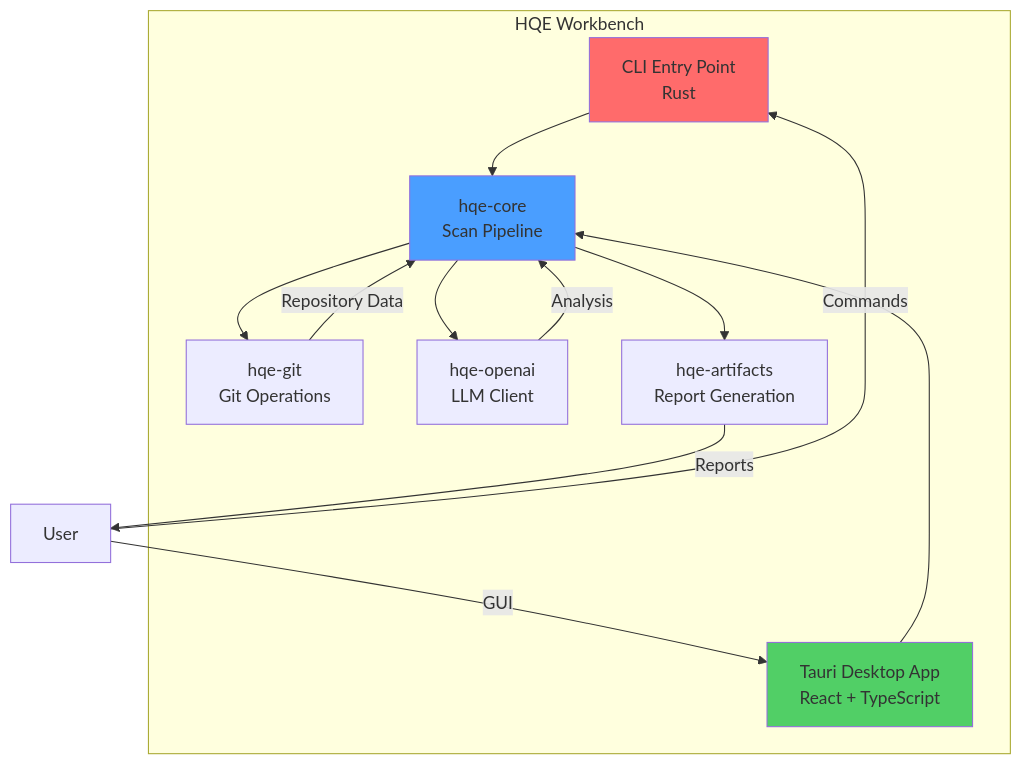
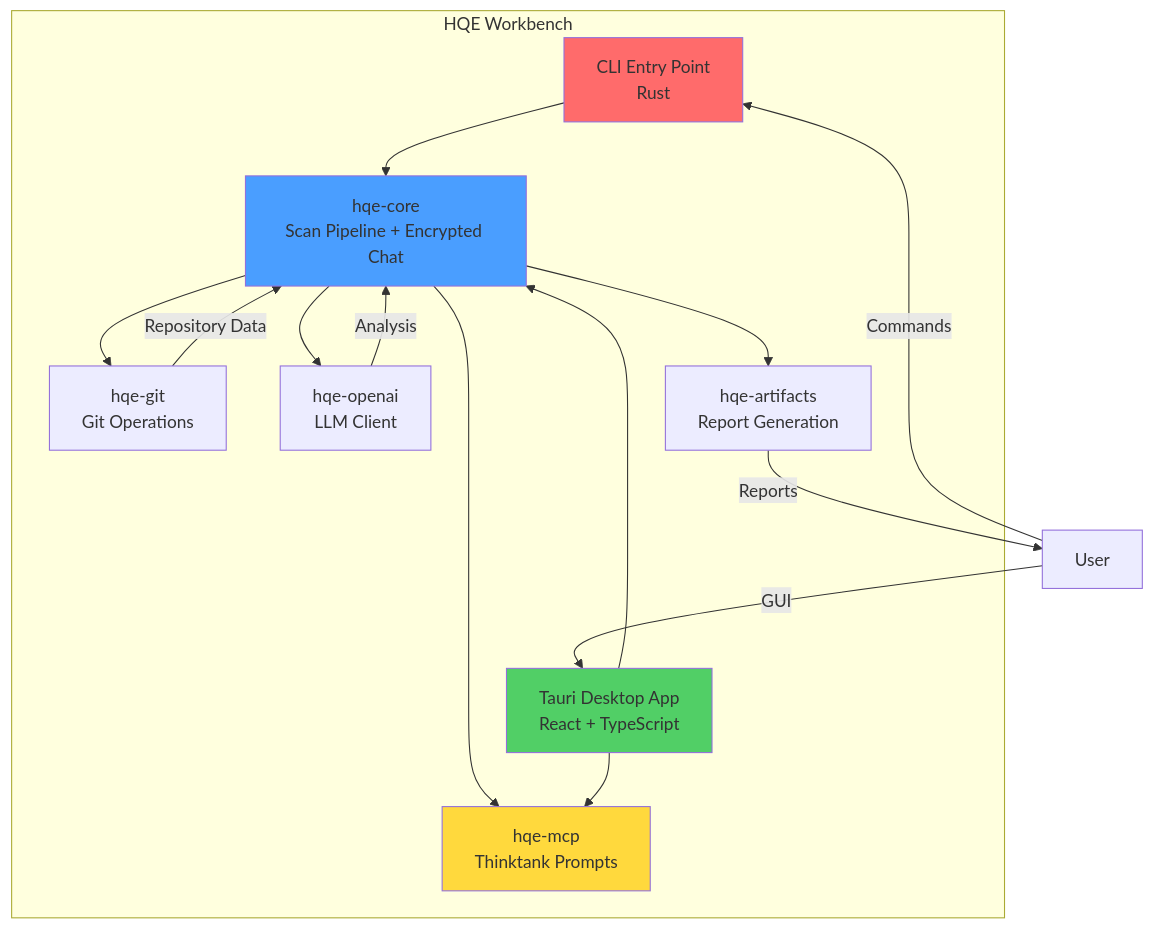
One commit to AbstergoSweden/HQE-Workbench changed the diagram in README.md. Above: the diagram before and after it, drawn with Mermaid. The commit also changed other lines of this file and 3 other files, not shown here.

````diff
--- a/README.md
+++ b/README.md
@@ -77,26 +108,30 @@
 ```mermaid
 graph TB
     subgraph "HQE Workbench"
         CLI[CLI Entry Point<br/>Rust]
-        Core[hqe-core<br/>Scan Pipeline]
+        Core[hqe-core<br/>Scan Pipeline + Encrypted Chat]
         Git[hqe-git<br/>Git Operations]
         OpenAI[hqe-openai<br/>LLM Client]
         Artifacts[hqe-artifacts<br/>Report Generation]
+        MCP[hqe-mcp<br/>Thinktank Prompts]
         UI[Tauri Desktop App<br/>React + TypeScript]
     end
     
     User[User] -->|Commands| CLI
     User -->|GUI| UI
     CLI --> Core
     UI --> Core
     Core --> Git
     Core --> OpenAI
     Core --> Artifacts
+    Core --> MCP
+    UI --> MCP
     Git -->|Repository Data| Core
     OpenAI -->|Analysis| Core
     Artifacts -->|Reports| User
     
     style Core fill:#4a9eff
     style CLI fill:#ff6b6b
     style UI fill:#51cf66
+    style MCP fill:#ffd93d
 ```
````
